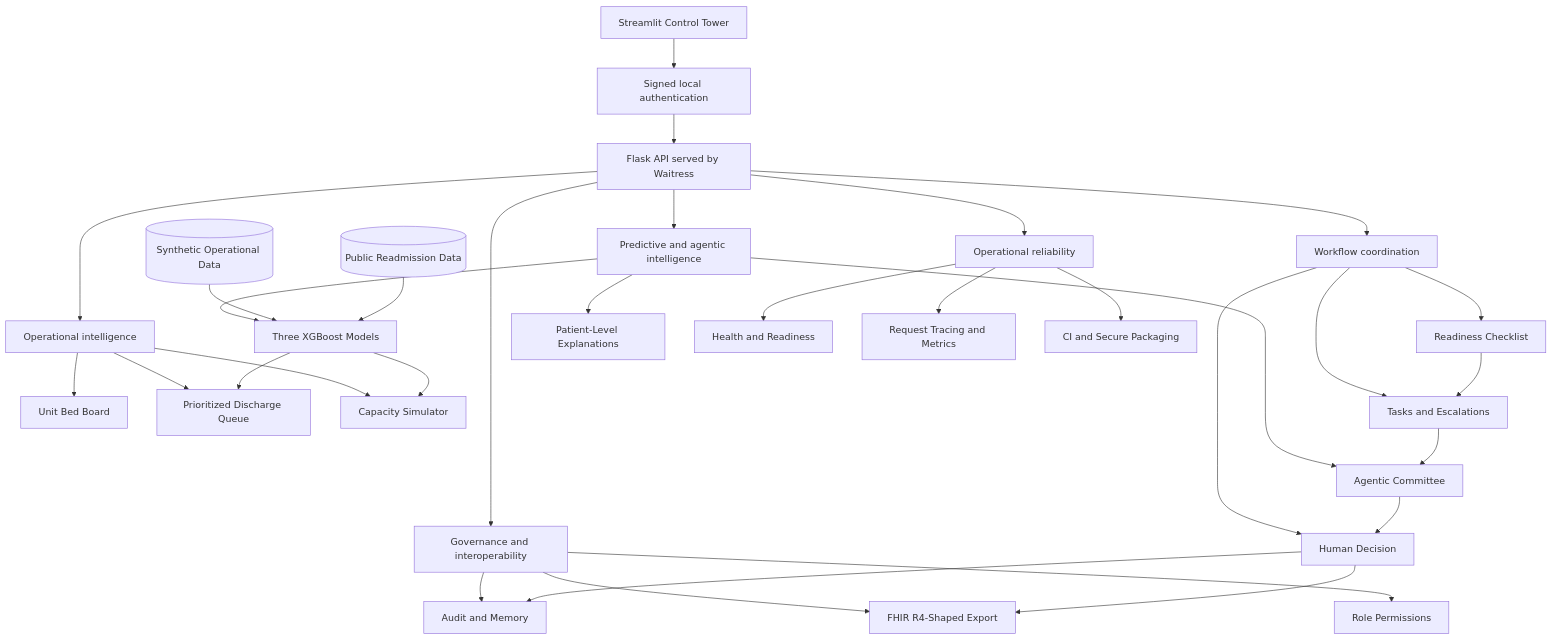
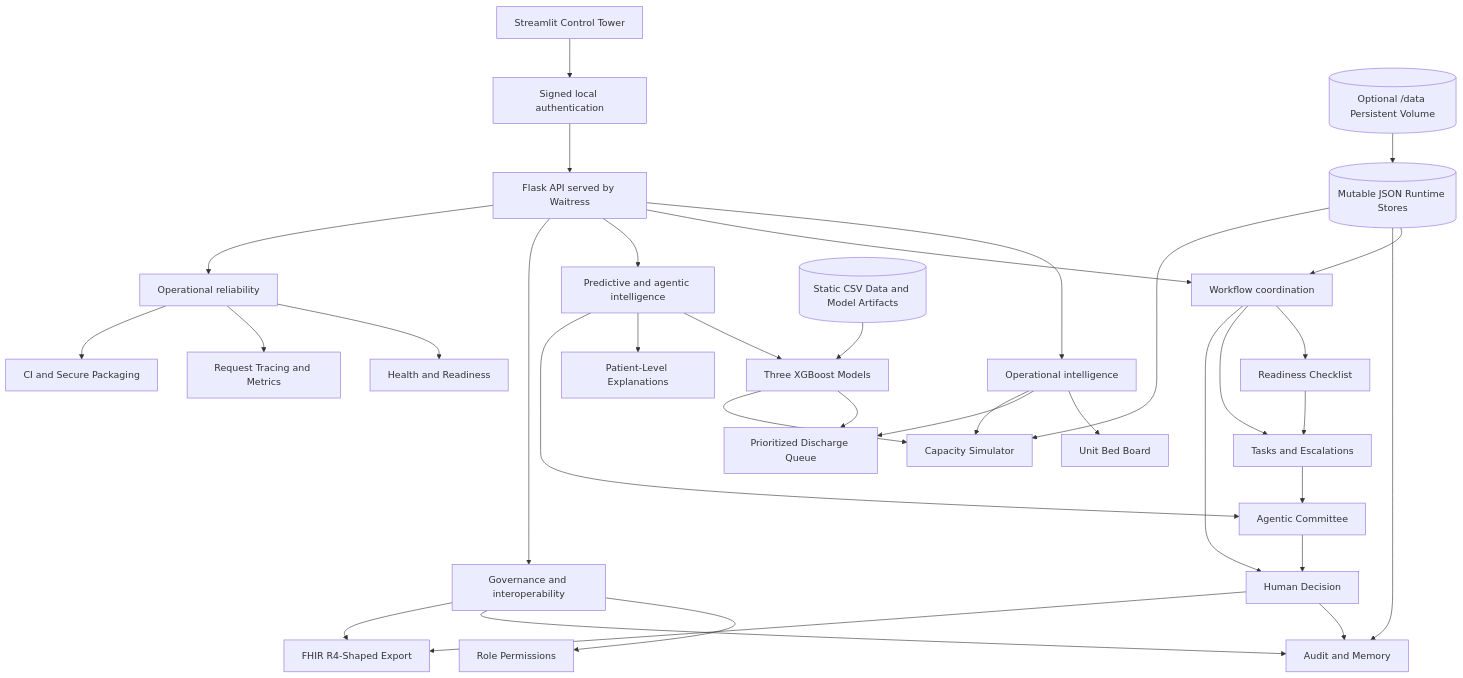
One commit to draculess99/BedFlow_AI changed the first of 9 diagrams in README.md. Above: the diagram before and after it, drawn with Mermaid. The commit also changed other lines of this file and 35 other files, not shown here.

````diff
--- a/README.md
+++ b/README.md
@@ -99,41 +103,45 @@
 ```mermaid
 flowchart TB
     UI["Streamlit Control Tower"] --> AUTH["Signed local authentication"]
     AUTH --> API["Flask API served by Waitress"]
 
     API --> OPS["Operational intelligence"]
     API --> WORK["Workflow coordination"]
     API --> AI["Predictive and agentic intelligence"]
     API --> GOV["Governance and interoperability"]
     API --> RUN["Operational reliability"]
 
     OPS --> BOARD["Unit Bed Board"]
     OPS --> QUEUE["Prioritized Discharge Queue"]
     OPS --> SIM["Capacity Simulator"]
 
     WORK --> CHECK["Readiness Checklist"]
     WORK --> TASK["Tasks and Escalations"]
     WORK --> HUMAN["Human Decision"]
 
     AI --> MODELS["Three XGBoost Models"]
     AI --> EXPLAIN["Patient-Level Explanations"]
     AI --> COMMITTEE["Agentic Committee"]
 
     GOV --> RBAC["Role Permissions"]
     GOV --> AUDIT["Audit and Memory"]
     GOV --> FHIR["FHIR R4-Shaped Export"]
 
     RUN --> HEALTH["Health and Readiness"]
     RUN --> LOGS["Request Tracing and Metrics"]
     RUN --> CI["CI and Secure Packaging"]
 
-    DATA1[("Synthetic Operational Data")] --> MODELS
-    DATA2[("Public Readmission Data")] --> MODELS
+    STATIC[("Static CSV Data and Model Artifacts")] --> MODELS
+    JSON[("Mutable JSON Runtime Stores")] --> WORK
+    JSON --> AUDIT
+    JSON --> SIM
+    VOLUME[("Optional /data Persistent Volume")] --> JSON
+
     MODELS --> QUEUE
     MODELS --> SIM
     CHECK --> TASK
     TASK --> COMMITTEE
     COMMITTEE --> HUMAN
     HUMAN --> AUDIT
     HUMAN --> FHIR
 ```
````
